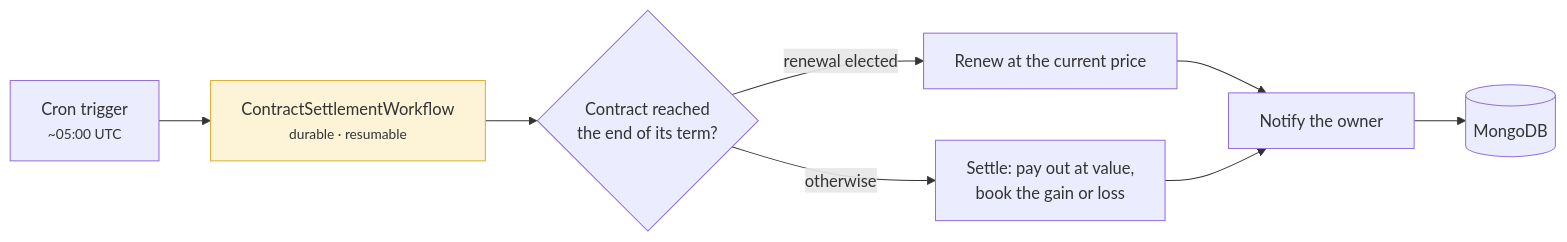
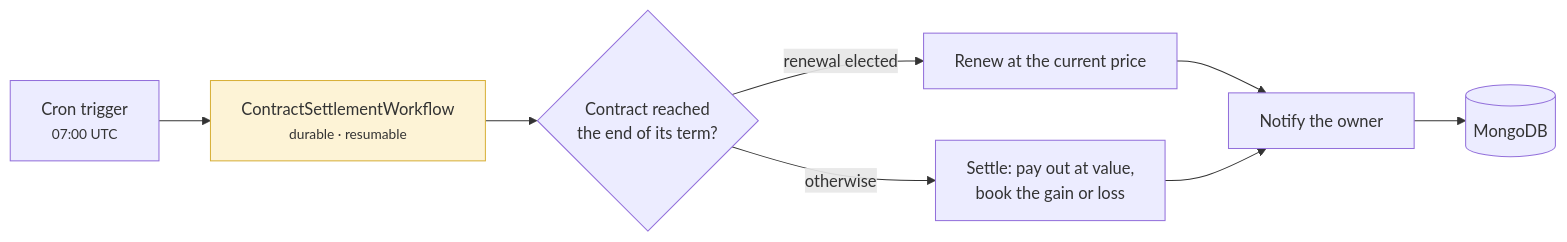
One commit to FantasyWiki/FantasyWiki changed the fifth of 6 diagrams in docs/site/pages/architecture/data-flow.md. Above: the diagram before and after it, drawn with Mermaid. The commit also changed other lines of this file and 33 other files, not shown here.

````diff
--- a/docs/site/pages/architecture/data-flow.md
+++ b/docs/site/pages/architecture/data-flow.md
@@ -203,13 +209,13 @@
 ```mermaid
 flowchart LR
-  CRON["Cron trigger<br/><small>~05:00 UTC</small>"] --> WF["ContractSettlementWorkflow<br/><small>durable · resumable</small>"]
+  CRON["Cron trigger<br/><small>07:00 UTC</small>"] --> WF["ContractSettlementWorkflow<br/><small>durable · resumable</small>"]
   WF --> Q{"Contract reached<br/>the end of its term?"}
   Q -->|"renewal elected"| REN["Renew at the current price"]
   Q -->|"otherwise"| SET["Settle: pay out at value,<br/>book the gain or loss"]
   REN --> N["Notify the owner"]
   SET --> N
   N --> DB[("MongoDB")]
 
   classDef seam fill:#fdf3d6,stroke:#d8b03a;
   class WF seam;
 ```
````
